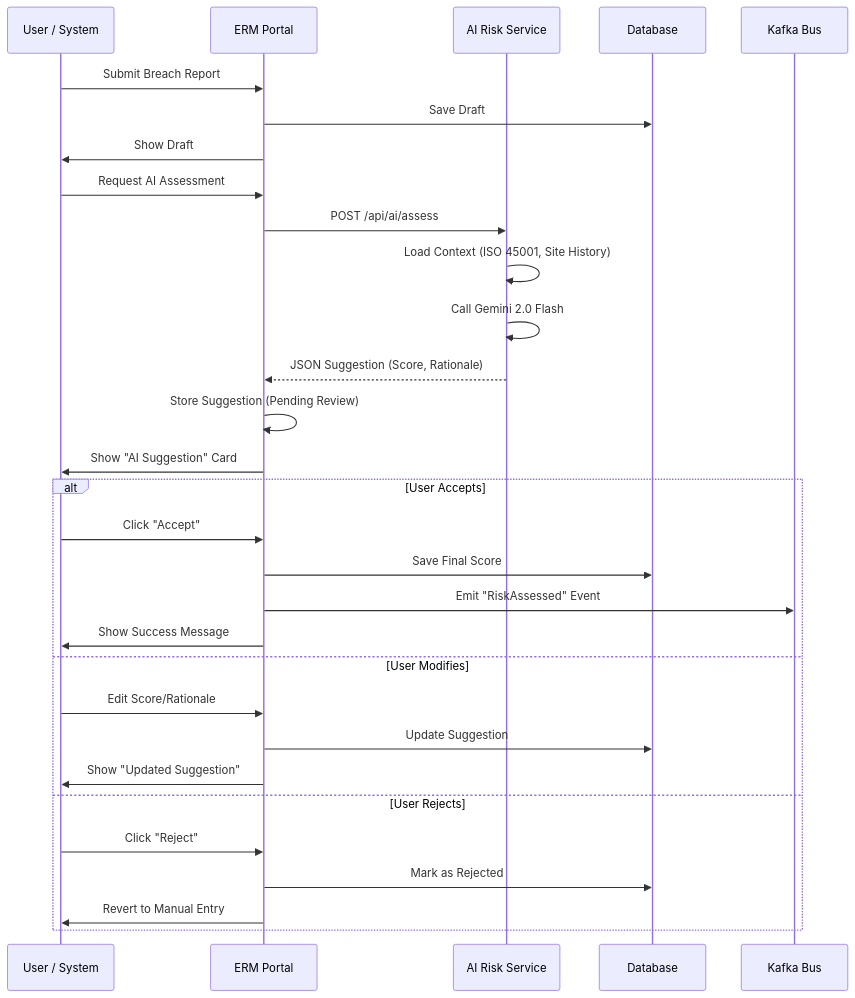
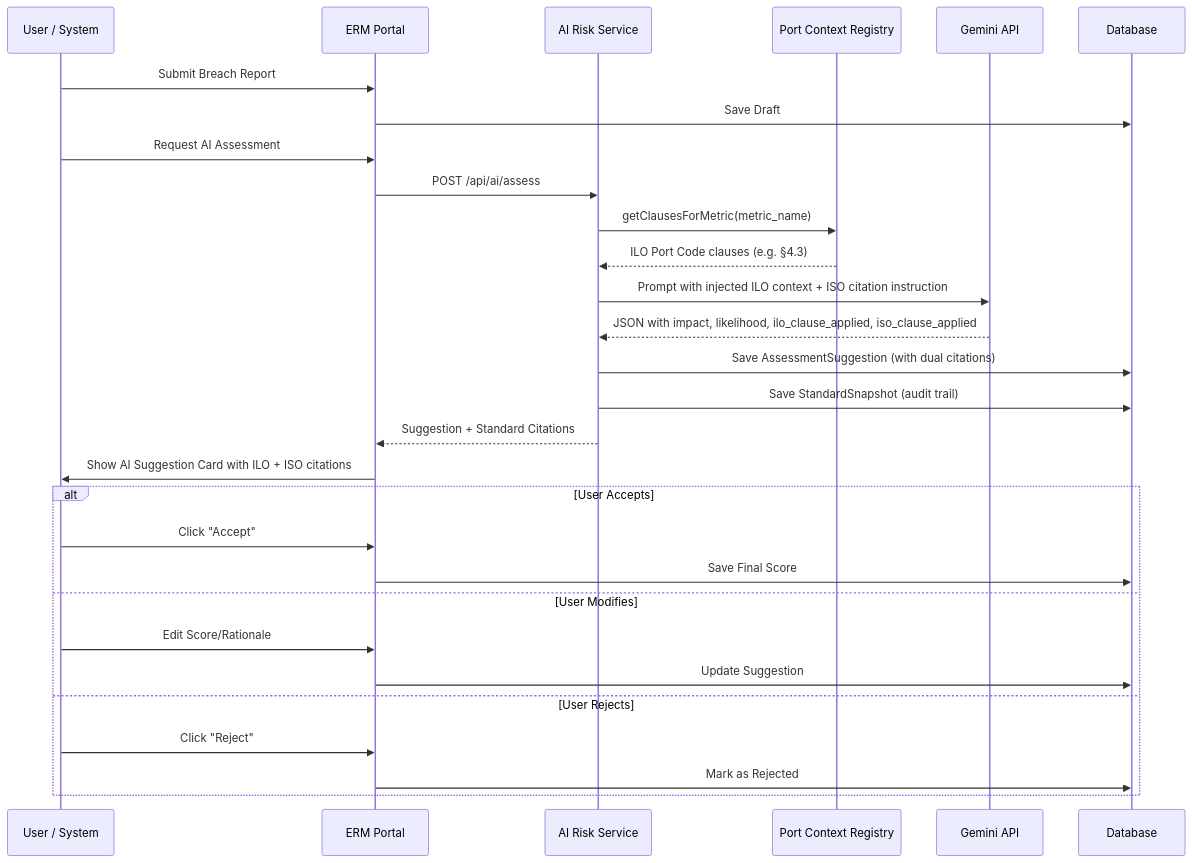
The second of 2 diagrams in docs/ai/ai-risk-assessment-workflow.md (Domtellis/erm-platform), drawn with Mermaid before and after one commit. The commit also changed other lines of this file and 29 other files, not shown here.

First line of the commit message:
feat(ai-risk): implement S-AIR standards-aware RAG assessment

````diff
--- a/docs/ai/ai-risk-assessment-workflow.md
+++ b/docs/ai/ai-risk-assessment-workflow.md
@@ -23,36 +28,38 @@
 ```mermaid
 sequenceDiagram
     participant User as User / System
     participant Portal as ERM Portal
     participant API as AI Risk Service
+    participant Standards as Port Context Registry
+    participant Gemini as Gemini API
     participant DB as Database
-    participant Kafka as Kafka Bus
 
     User->>Portal: Submit Breach Report
     Portal->>DB: Save Draft
-    Portal->>User: Show Draft
 
     User->>Portal: Request AI Assessment
     Portal->>API: POST /api/ai/assess
-    API->>API: Load Context (ISO 45001, Site History)
-    API->>API: Call Gemini 2.0 Flash
-    API-->>Portal: JSON Suggestion (Score, Rationale)
 
-    Portal->>Portal: Store Suggestion (Pending Review)
-    Portal->>User: Show "AI Suggestion" Card
+    API->>Standards: getClausesForMetric(metric_name)
+    Standards-->>API: ILO Port Code clauses (e.g. §4.3)
+
+    API->>Gemini: Prompt with injected ILO context + ISO citation instruction
+    Gemini-->>API: JSON with impact, likelihood, ilo_clause_applied, iso_clause_applied
+
+    API->>DB: Save AssessmentSuggestion (with dual citations)
+    API->>DB: Save StandardSnapshot (audit trail)
+    API-->>Portal: Suggestion + Standard Citations
+
+    Portal->>User: Show AI Suggestion Card with ILO + ISO citations
 
     alt User Accepts
         User->>Portal: Click "Accept"
         Portal->>DB: Save Final Score
-        Portal->>Kafka: Emit "RiskAssessed" Event
-        Portal->>User: Show Success Message
     else User Modifies
         User->>Portal: Edit Score/Rationale
         Portal->>DB: Update Suggestion
-        Portal->>User: Show "Updated Suggestion"
     else User Rejects
         User->>Portal: Click "Reject"
         Portal->>DB: Mark as Rejected
-        Portal->>User: Revert to Manual Entry
     end
 ```
````
